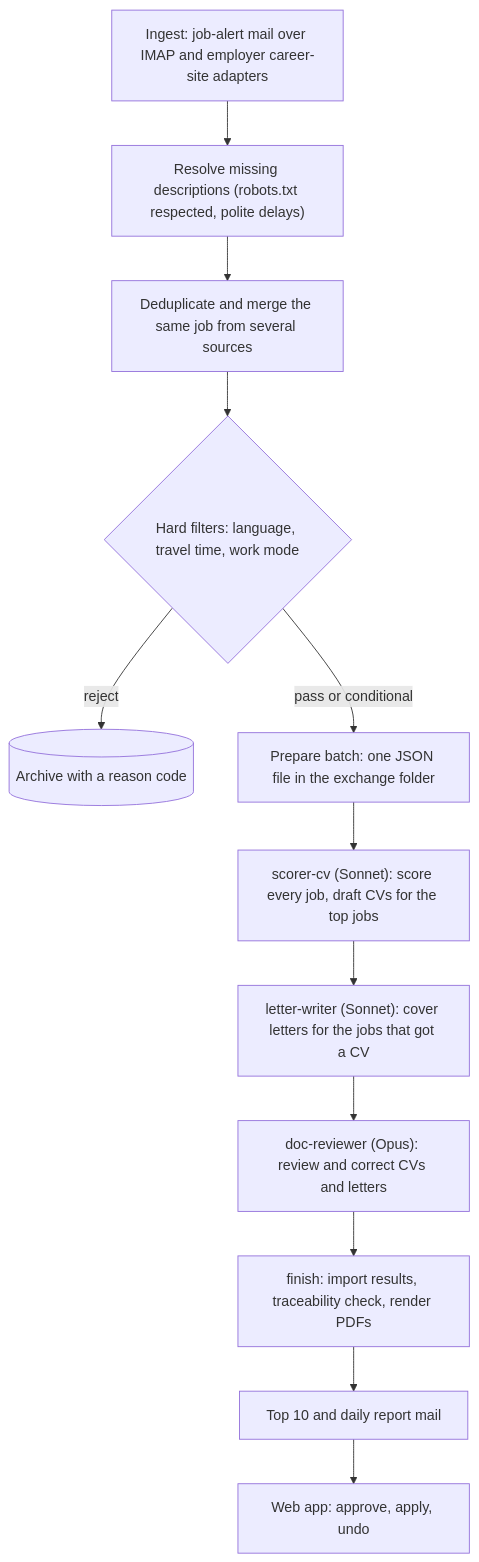
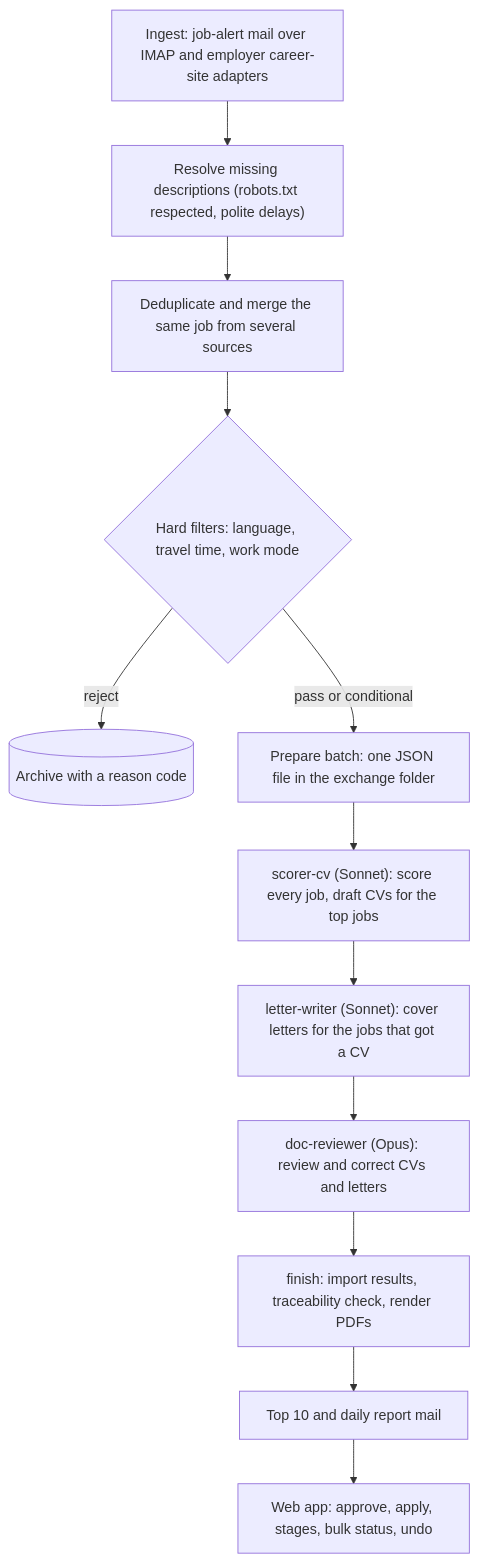
The first of 3 diagrams in README.md (Pszczelowski/job-match-pipeline), drawn with Mermaid before and after one commit. The commit also changed other lines of this file and 63 other files, not shown here.

Commit message:
Sync with private v0.100.2: static demo (freeze_demo.py, site/), interviews, bulk actions, status flow

````diff
--- a/README.md
+++ b/README.md
@@ -68,14 +70,14 @@
 ```mermaid
 flowchart TD
     A["Ingest: job-alert mail over IMAP and employer career-site adapters"] --> B["Resolve missing descriptions (robots.txt respected, polite delays)"]
     B --> C["Deduplicate and merge the same job from several sources"]
     C --> D{"Hard filters: language, travel time, work mode"}
     D -- reject --> X[("Archive with a reason code")]
     D -- "pass or conditional" --> E["Prepare batch: one JSON file in the exchange folder"]
     E --> F["scorer-cv (Sonnet): score every job, draft CVs for the top jobs"]
     F --> G["letter-writer (Sonnet): cover letters for the jobs that got a CV"]
     G --> H["doc-reviewer (Opus): review and correct CVs and letters"]
     H --> I["finish: import results, traceability check, render PDFs"]
     I --> J["Top 10 and daily report mail"]
-    J --> K["Web app: approve, apply, undo"]
+    J --> K["Web app: approve, apply, stages, bulk status, undo"]
 ```
````
